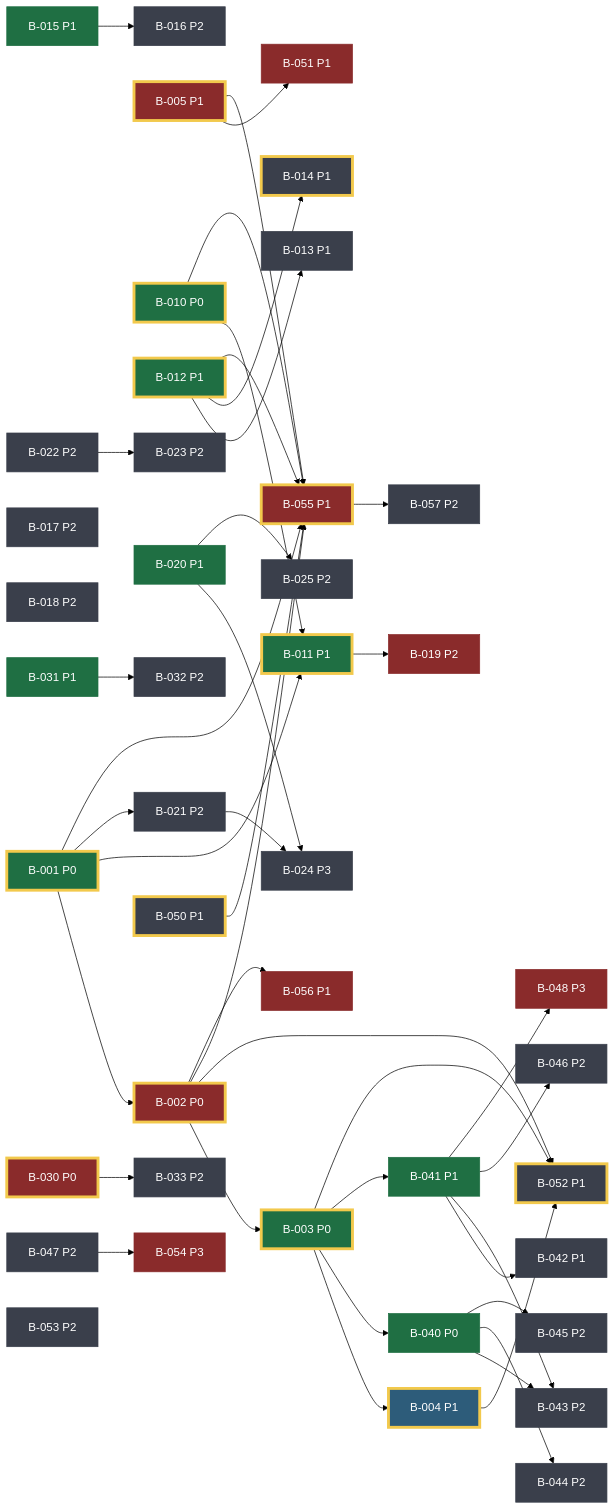
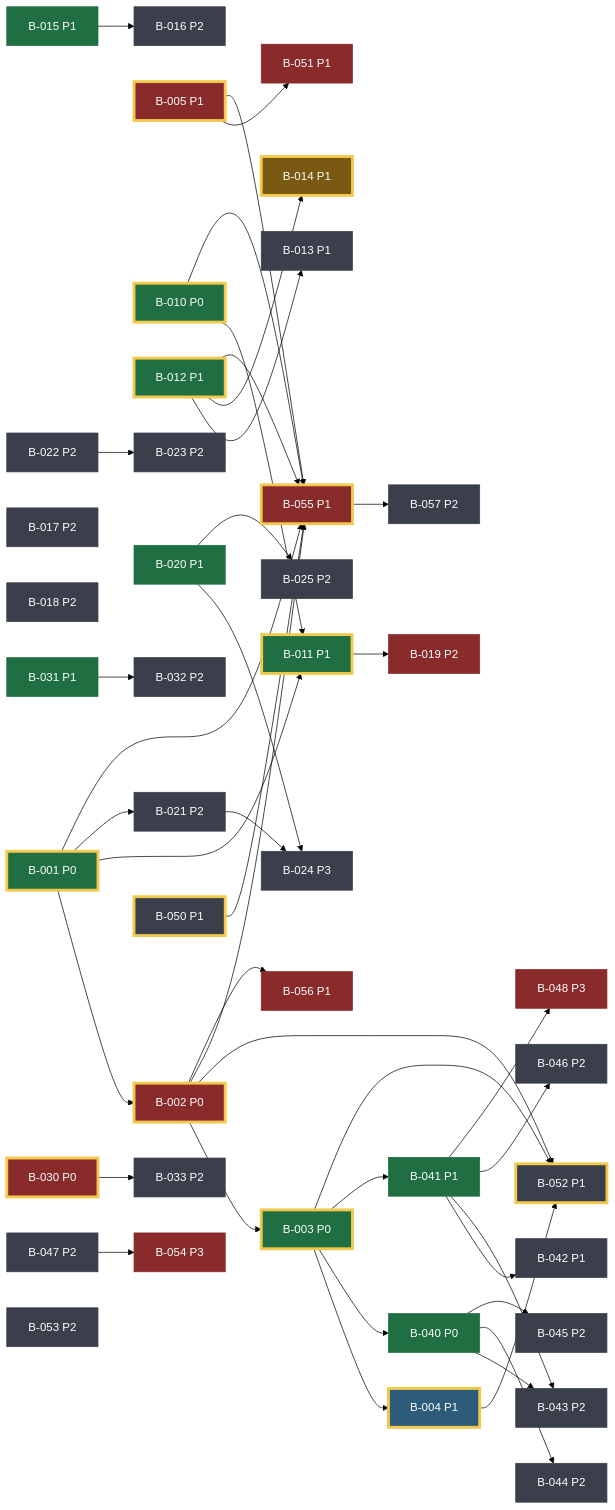
One commit to SaginbekDaniel/SYNAPTIC-LABS changed the diagram in docs/handoff/DEPENDENCY_MAP.md. Above: the diagram before and after it, drawn with Mermaid (forest theme). The commit also changed 8 other files, not shown here.

```diff
--- a/docs/handoff/DEPENDENCY_MAP.md
+++ b/docs/handoff/DEPENDENCY_MAP.md
@@ -23,7 +23,7 @@
   B011["B-011 P1"]:::done
   B012["B-012 P1"]:::done
   B013["B-013 P1"]:::todo
-  B014["B-014 P1"]:::todo
+  B014["B-014 P1"]:::implemented
   B015["B-015 P1"]:::done
   B016["B-016 P2"]:::todo
   B017["B-017 P2"]:::todo
```
